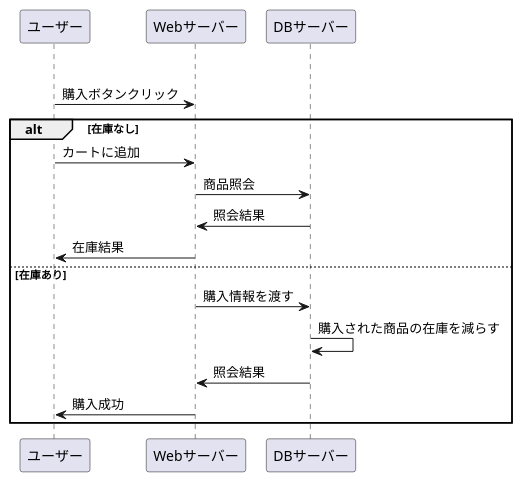
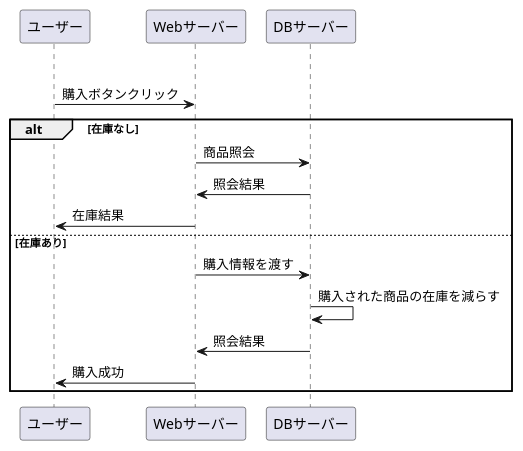
Before and after one commit to Aso2001154/2021sys-design: the diagram in stationary/業務フロー/購入.md, drawn with PlantUML.

````diff
--- a/stationary/業務フロー/購入.md
+++ b/stationary/業務フロー/購入.md
@@ -2,20 +2,19 @@
 ```uml
 @startuml
 
 opt 購入する
 ユーザー -> Webサーバー : 購入ボタンクリック
 
 alt 在庫なし
-ユーザー -> Webサーバー : カートに追加
 Webサーバー -> DBサーバー : 商品照会
 DBサーバー -> Webサーバー : 照会結果
 Webサーバー -> ユーザー : 在庫結果
 else 在庫あり
 Webサーバー -> DBサーバー : 購入情報を渡す
 DBサーバー -> DBサーバー : 購入された商品の在庫を減らす
 DBサーバー -> Webサーバー : 照会結果
 Webサーバー -> ユーザー : 購入成功
 end
 
 @enduml
 ```
````
